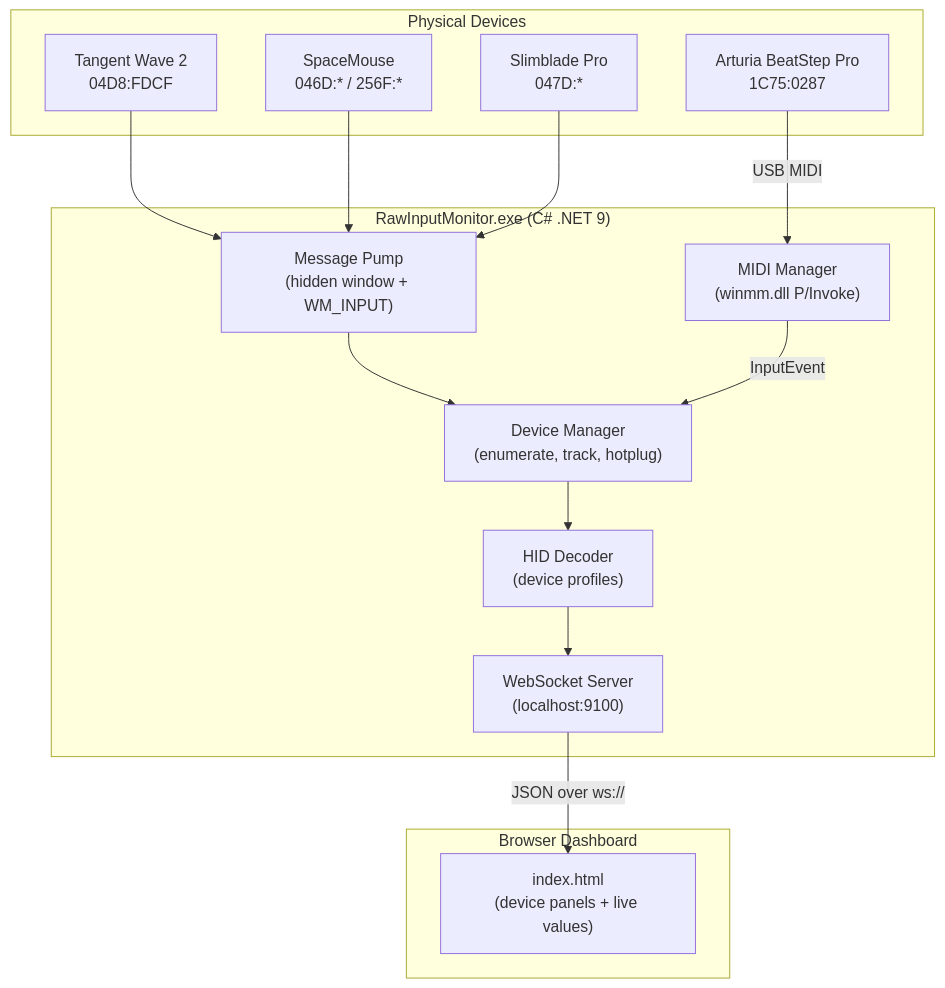
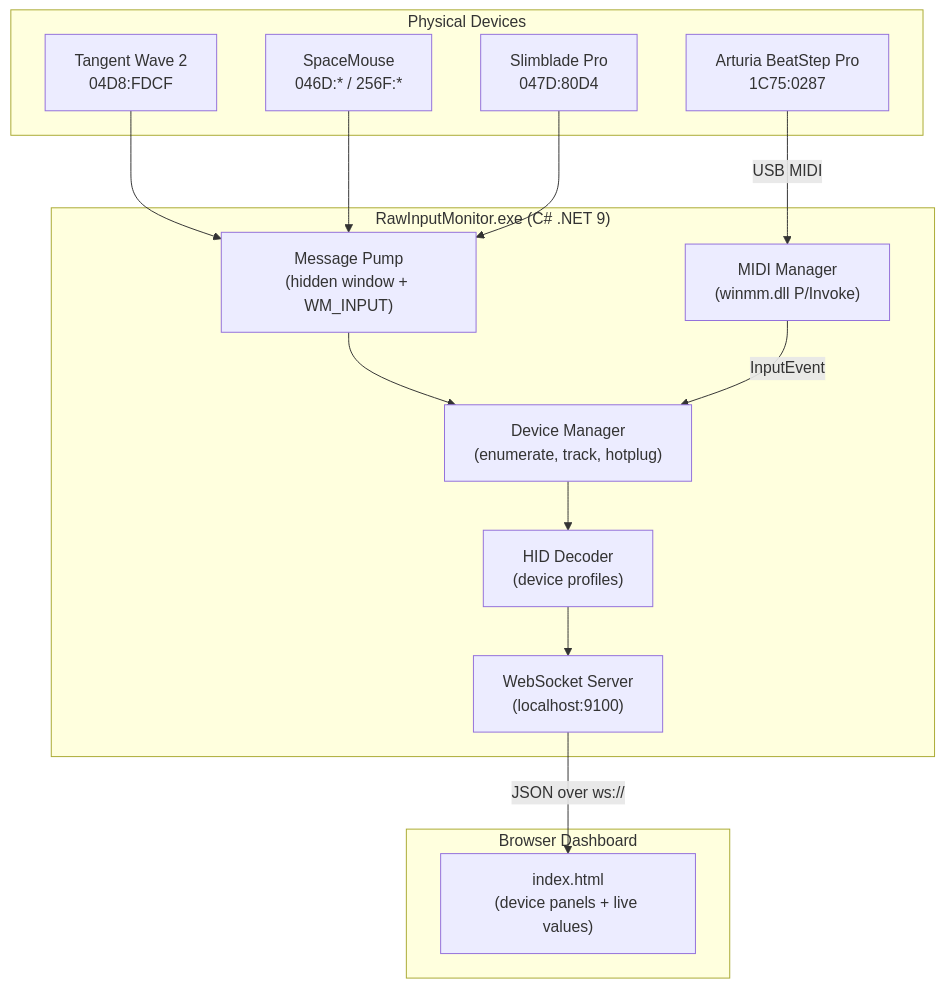
The diagram in docs/architecture.md (caisarhadi/RawInputMonitor), drawn with Mermaid before and after one commit. The commit also changed other lines of this file and 16 other files, not shown here.

````diff
--- a/docs/architecture.md
+++ b/docs/architecture.md
@@ -7,31 +7,31 @@
 ```mermaid
 graph TB
     subgraph "Physical Devices"
         TW["Tangent Wave 2<br/>04D8:FDCF"]
         SM["SpaceMouse<br/>046D:* / 256F:*"]
-        SB["Slimblade Pro<br/>047D:*"]
+        SB["Slimblade Pro<br/>047D:80D4"]
         AB["Arturia BeatStep Pro<br/>1C75:0287"]
     end
 
     subgraph "RawInputMonitor.exe (C# .NET 9)"
         MP["Message Pump<br/>(hidden window + WM_INPUT)"]
         MM["MIDI Manager<br/>(winmm.dll P/Invoke)"]
         DM["Device Manager<br/>(enumerate, track, hotplug)"]
         HD["HID Decoder<br/>(device profiles)"]
         WS["WebSocket Server<br/>(localhost:9100)"]
     end
 
     subgraph "Browser Dashboard"
         UI["index.html<br/>(device panels + live values)"]
     end
 
     TW --> MP
     SM --> MP
     SB --> MP
     AB -->|"USB MIDI"| MM
     MP --> DM
     MM -->|"InputEvent"| DM
     DM --> HD
     HD --> WS
     WS -->|"JSON over ws://"| UI
 ```
````
